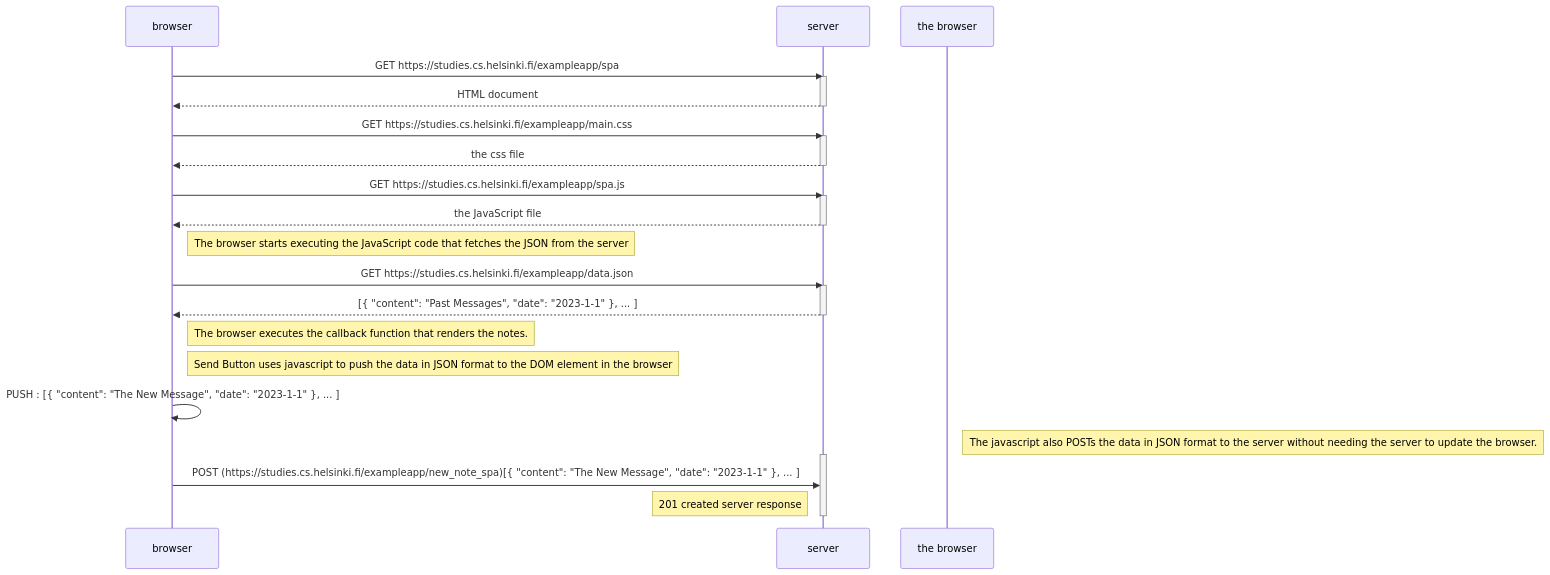
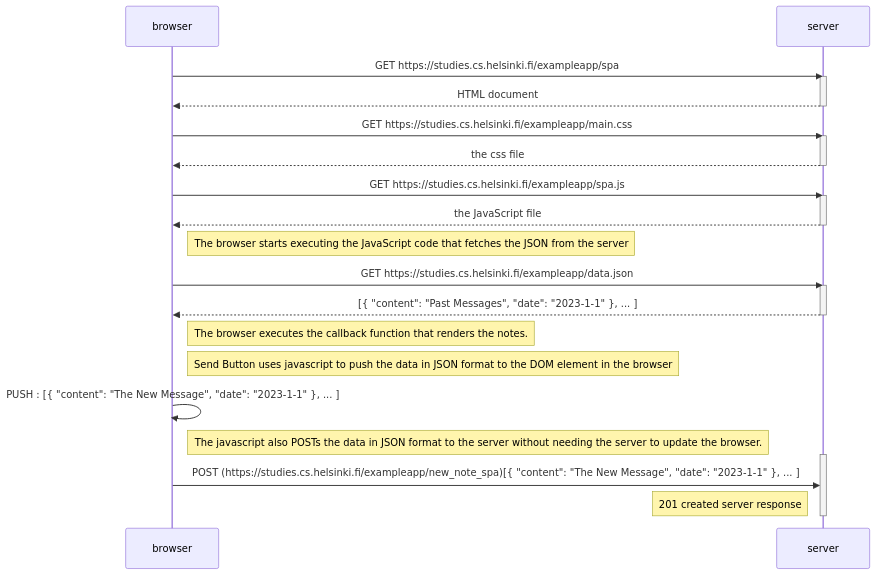
Before and after one commit to RobbThompson/FullStackOpen: the diagram in 0.6 New Note in SPA.md, drawn with Mermaid.

Commit message:
Update 0.6 New Note in SPA.md

````diff
--- a/0.6 New Note in SPA.md
+++ b/0.6 New Note in SPA.md
@@ -1,37 +1,37 @@
 ```mermaid
 sequenceDiagram
     participant browser
     participant server
 
     browser->>server: GET https://studies.cs.helsinki.fi/exampleapp/spa
     activate server
     server-->>browser: HTML document
     deactivate server
 
     browser->>server: GET https://studies.cs.helsinki.fi/exampleapp/main.css
     activate server
     server-->>browser: the css file
     deactivate server
 
     browser->>server: GET https://studies.cs.helsinki.fi/exampleapp/spa.js
     activate server
     server-->>browser: the JavaScript file
     deactivate server
 
     Note right of browser: The browser starts executing the JavaScript code that fetches the JSON from the server
 
     browser->>server: GET https://studies.cs.helsinki.fi/exampleapp/data.json
     activate server
     server-->>browser: [{ "content": "Past Messages", "date": "2023-1-1" }, ... ]
     deactivate server
 
 Note right of browser: The browser executes the callback function that renders the notes.
 
 Note right of browser: Send Button uses javascript to push the data in  JSON format to the DOM element in the browser
     browser->>browser: PUSH : [{ "content": "The New Message", "date": "2023-1-1" }, ... ]
-Note right of the browser: The javascript also POSTs the data in JSON format to the server without needing the server to update the browser.
+Note right of browser: The javascript also POSTs the data in JSON format to the server without needing the server to update the browser.
     activate server
     browser->>server: POST (https://studies.cs.helsinki.fi/exampleapp/new_note_spa)[{ "content": "The New Message", "date": "2023-1-1" }, ... ]
     Note left of server: 201 created server response
     deactivate server
 ```
````
